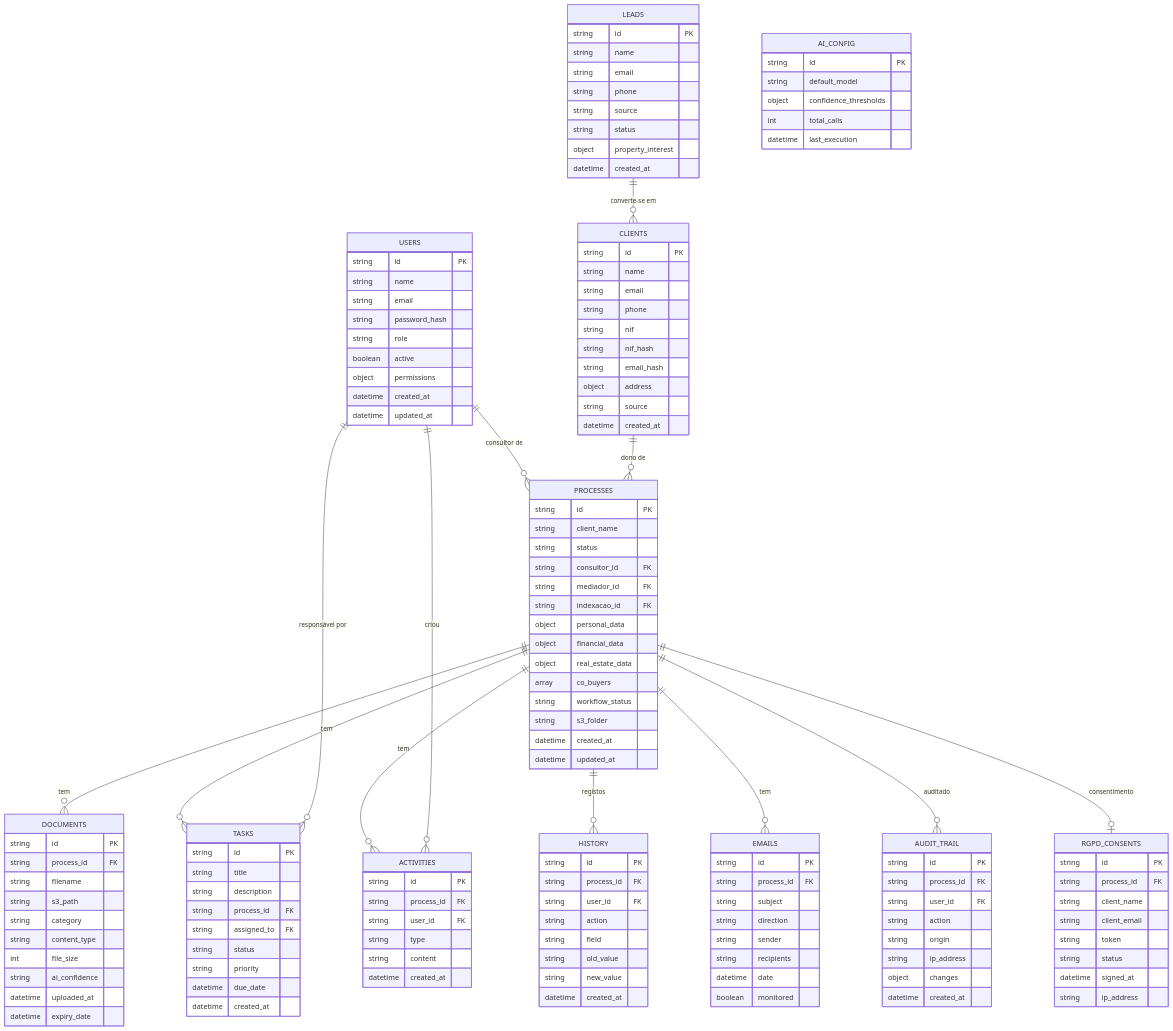
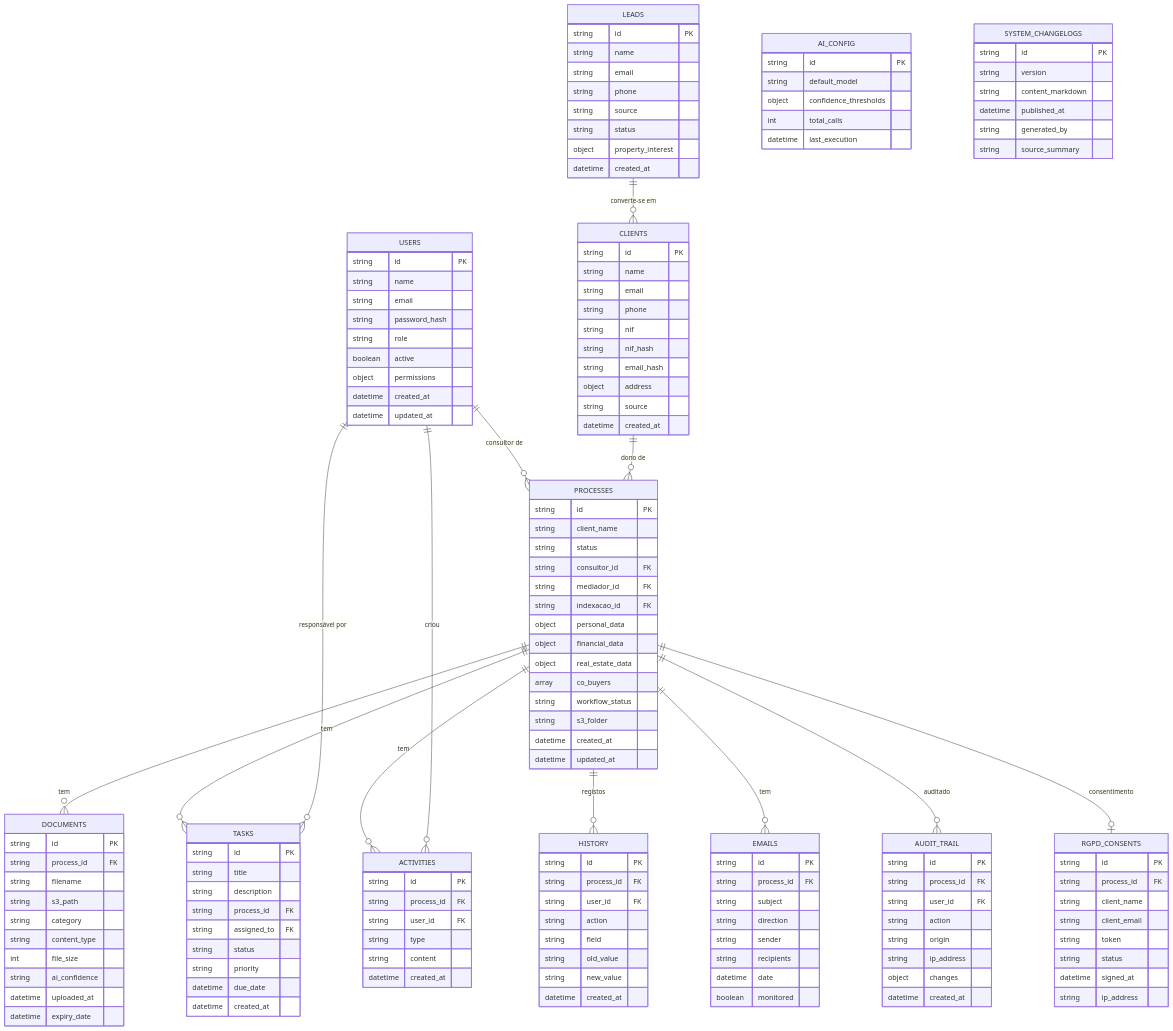
The fourth of 14 diagrams in ARCHITECTURE.md (PowerPrecision/PowerCell), drawn with Mermaid before and after one commit. The commit also changed other lines of this file and 8 other files, not shown here.

```diff
--- a/ARCHITECTURE.md
+++ b/ARCHITECTURE.md
@@ -455,6 +457,15 @@
         datetime last_execution
     }
 
+    SYSTEM_CHANGELOGS {
+        string id PK
+        string version
+        string content_markdown
+        datetime published_at
+        string generated_by
+        string source_summary
+    }
+
     PROCESSES ||--o{ DOCUMENTS : "tem"
     PROCESSES ||--o{ TASKS : "tem"
     PROCESSES ||--o{ ACTIVITIES : "tem"
```
